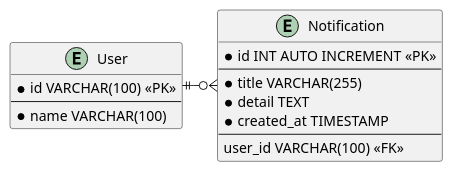
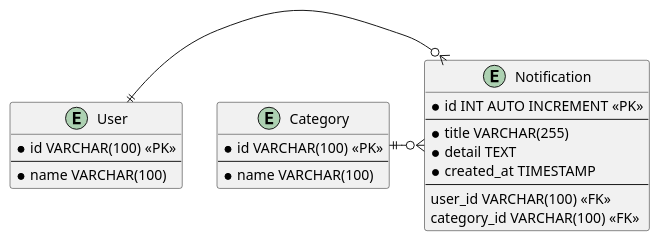
One commit to tobialbertino/belajar-code changed the diagram in SQL/mysql/notification/notification.puml. Above: the diagram before and after it, drawn with PlantUML. The commit also changed 1 other file, not shown here.

Commit message:
add table category

```diff
--- a/SQL/mysql/notification/notification.puml
+++ b/SQL/mysql/notification/notification.puml
@@ -1,21 +1,29 @@
 @startuml notification_db-dasign
 
 entity User {
     * id VARCHAR(100) <<PK>>
     --
     * name VARCHAR(100) 
 }
 
 entity Notification {
     * id INT AUTO INCREMENT <<PK>>
     --
     * title VARCHAR(255)
     * detail TEXT
     * created_at TIMESTAMP
     --
     user_id VARCHAR(100) <<FK>>
+    category_id VARCHAR(100) <<FK>>
+}
+
+entity Category {
+    * id VARCHAR(100) <<PK>>
+    --
+    * name VARCHAR(100)
 }
 
 User ||-o{ Notification
+Category ||-o{ Notification
 
 @enduml
```
